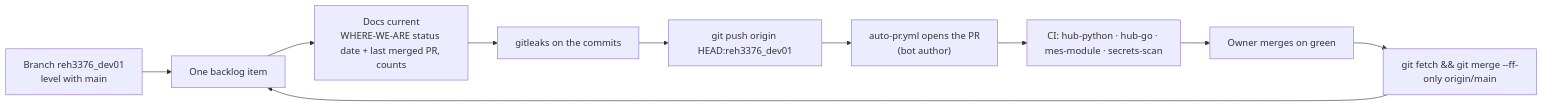
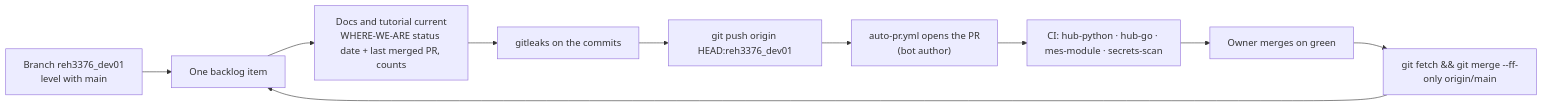
Before and after one commit to reh3376/forge: diagram 20 of 24 in docs/tutorial.md, drawn with Mermaid. The commit also changed other lines of this file and 32 other files, not shown here.

````diff
--- a/docs/tutorial.md
+++ b/docs/tutorial.md
@@ -1559,12 +1567,12 @@
 ```mermaid
 flowchart LR
   B["Branch reh3376_dev01<br/>level with main"] --> I["One backlog item"]
-  I --> D["Docs current<br/>WHERE-WE-ARE status date + last merged PR, counts"]
+  I --> D["Docs and tutorial current<br/>WHERE-WE-ARE status date + last merged PR, counts"]
   D --> G["gitleaks on the commits"]
   G --> P["git push origin HEAD:reh3376_dev01"]
   P --> PR["auto-pr.yml opens the PR<br/>(bot author)"]
   PR --> CI["CI: hub-python · hub-go · mes-module · secrets-scan"]
   CI --> M["Owner merges on green"]
   M --> S["git fetch && git merge --ff-only origin/main"]
   S --> I
 ```
````
